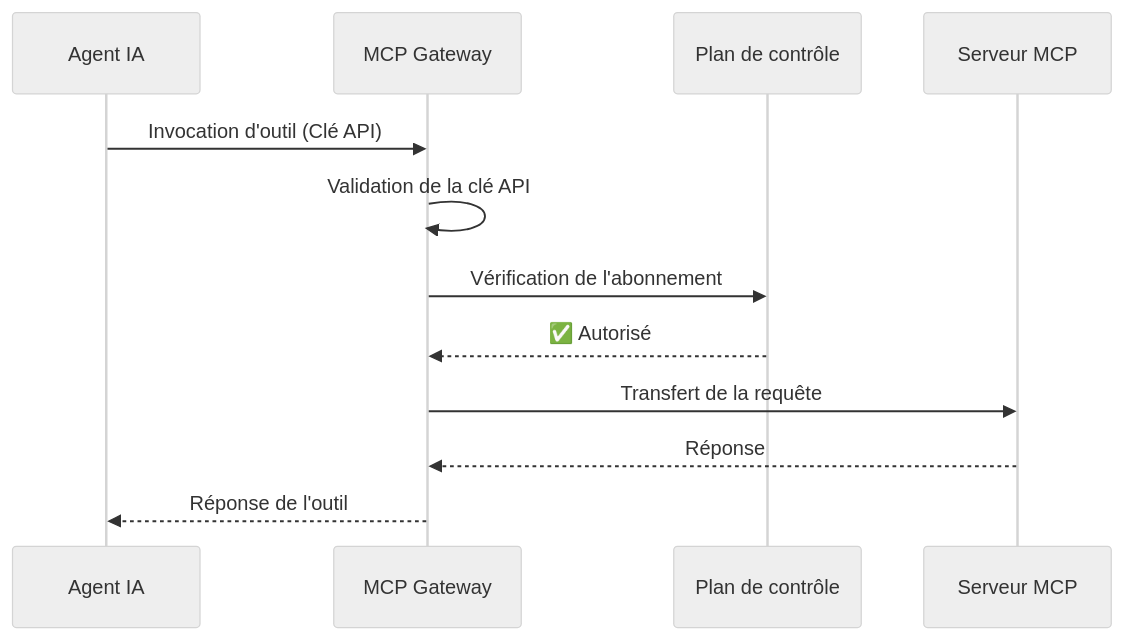
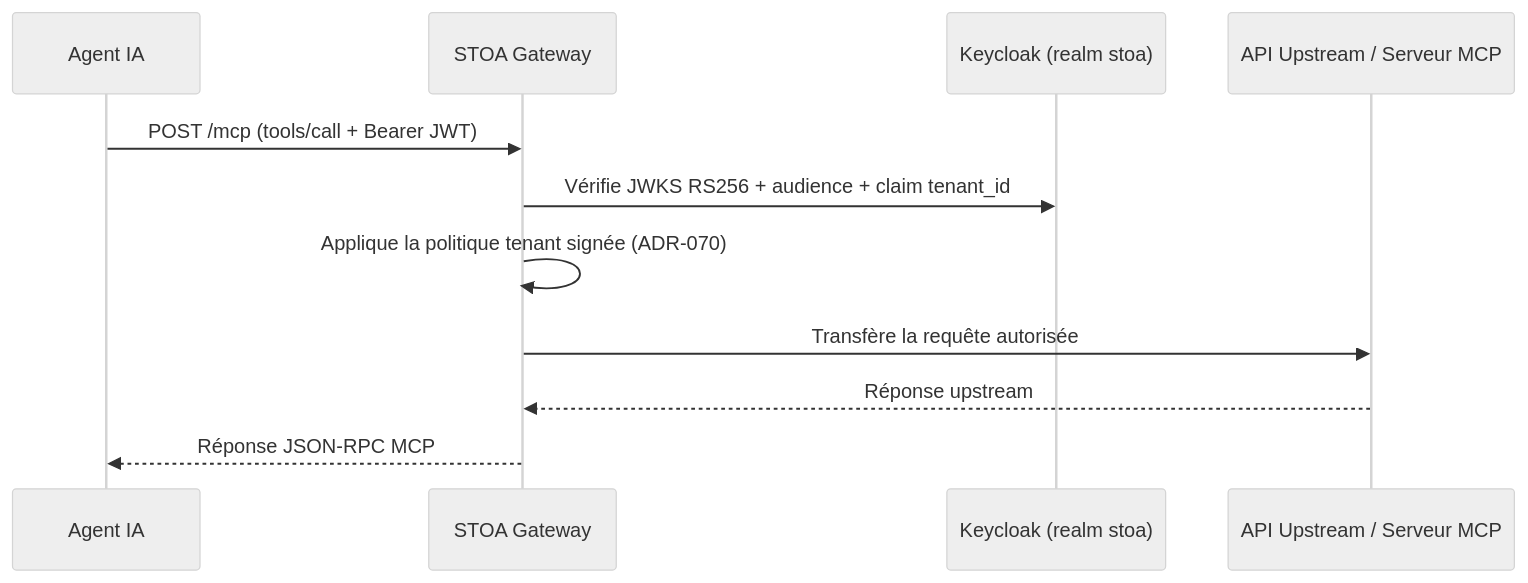
Before and after one commit to stoa-platform/stoa-docs: the second of 2 diagrams in i18n/fr/docusaurus-plugin-content-docs/current/concepts/architecture.md, drawn with Mermaid (neutral theme). The commit also changed other lines of this file and 31 other files, not shown here.

First line of the commit message:
docs(arch): align architecture, tenant model, secrets, and ADR index with ADR-073/074/075 (EN/FR)

````diff
--- a/i18n/fr/docusaurus-plugin-content-docs/current/concepts/architecture.md
+++ b/i18n/fr/docusaurus-plugin-content-docs/current/concepts/architecture.md
@@ -199,15 +174,14 @@
 ```mermaid
 sequenceDiagram
     participant AI as Agent IA
-    participant GW as MCP Gateway
-    participant API as Plan de contrôle
-    participant MCP as Serveur MCP
+    participant GW as STOA Gateway
+    participant KC as Keycloak (realm stoa)
+    participant MCP as API Upstream / Serveur MCP
 
-    AI->>GW: Invocation d'outil (Clé API)
-    GW->>GW: Validation de la clé API
-    GW->>API: Vérification de l'abonnement
-    API-->>GW: ✅ Autorisé
-    GW->>MCP: Transfert de la requête
-    MCP-->>GW: Réponse
-    GW-->>AI: Réponse de l'outil
+    AI->>GW: POST /mcp (tools/call + Bearer JWT)
+    GW->>KC: Vérifie JWKS RS256 + audience + claim tenant_id
+    GW->>GW: Applique la politique tenant signée (ADR-070)
+    GW->>MCP: Transfère la requête autorisée
+    MCP-->>GW: Réponse upstream
+    GW-->>AI: Réponse JSON-RPC MCP
 ```
````
